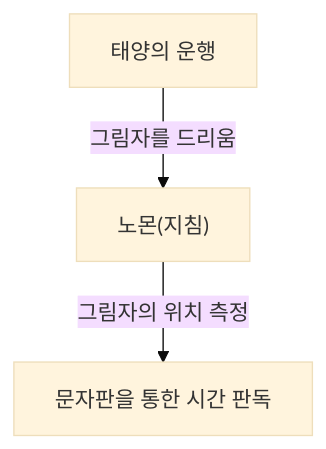
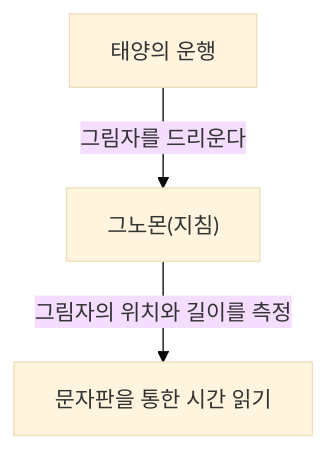
One commit to kenjinote/blog changed the first of 3 diagrams in content/post/history-of-timekeeping-technology/index.ko.md. Above: the diagram before and after it, drawn with Mermaid (base theme). The commit also changed other lines of this file and 129 other files, not shown here.

````diff
--- a/content/post/history-of-timekeeping-technology/index.ko.md
+++ b/content/post/history-of-timekeeping-technology/index.ko.md
@@ -19,5 +22,5 @@
 ```mermaid
 graph TD
-    A["태양의 운행"] -- "그림자를 드리움" --> B["노몬(지침)"]
-    B -- "그림자의 위치 측정" --> C["문자판을 통한 시간 판독"]
+    A["태양의 운행"] -- "그림자를 드리운다" --> B["그노몬(지침)"]
+    B -- "그림자의 위치와 길이를 측정" --> C["문자판을 통한 시간 읽기"]
 ```
````
